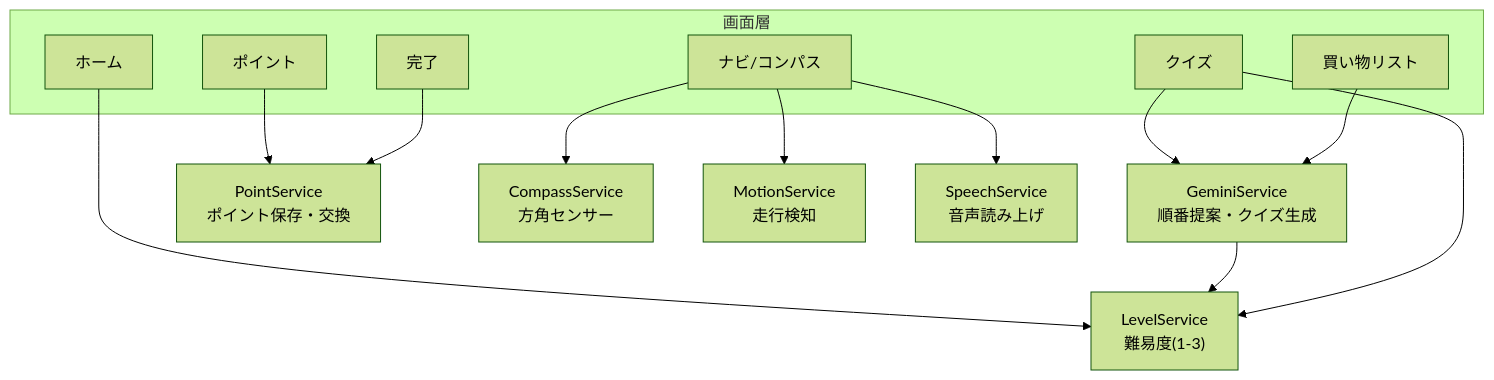
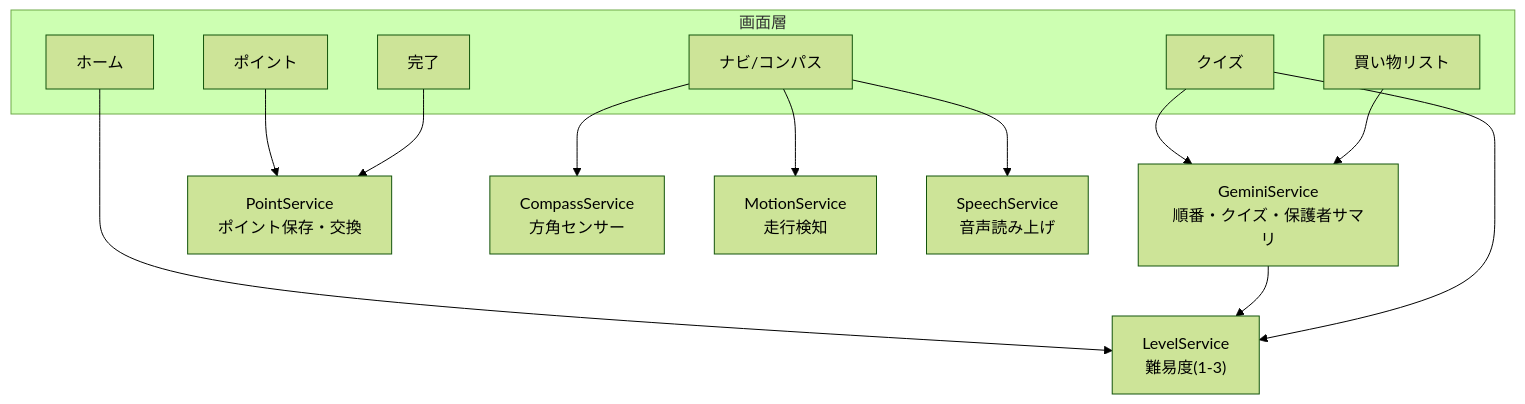
The seventh of 15 diagrams in docs/発表_開発解説/教科書_鳩ナビ開発入門.md (hiroyuki-rdx/hatonavi), drawn with Mermaid (forest theme) before and after one commit. The commit also changed other lines of this file and 13 other files, not shown here.

````diff
--- a/docs/発表_開発解説/教科書_鳩ナビ開発入門.md
+++ b/docs/発表_開発解説/教科書_鳩ナビ開発入門.md
@@ -357,16 +358,16 @@
 ```mermaid
 flowchart TB
   subgraph S["画面層"]
     H[ホーム]; L[買い物リスト]; N[ナビ/コンパス]; Q[クイズ]; ST[完了]; P[ポイント]
   end
-  GEM["GeminiService<br/>順番提案・クイズ生成"]
+  GEM["GeminiService<br/>順番・クイズ・保護者サマリ"]
   LV["LevelService<br/>難易度(1-3)"]
   PTS["PointService<br/>ポイント保存・交換"]
   CMP["CompassService<br/>方角センサー"]
   MOT["MotionService<br/>走行検知"]
   SPK["SpeechService<br/>音声読み上げ"]
 
   L --> GEM; Q --> GEM; Q --> LV; GEM --> LV
   H --> LV; ST --> PTS; P --> PTS
   N --> CMP; N --> MOT; N --> SPK
 ```
````
